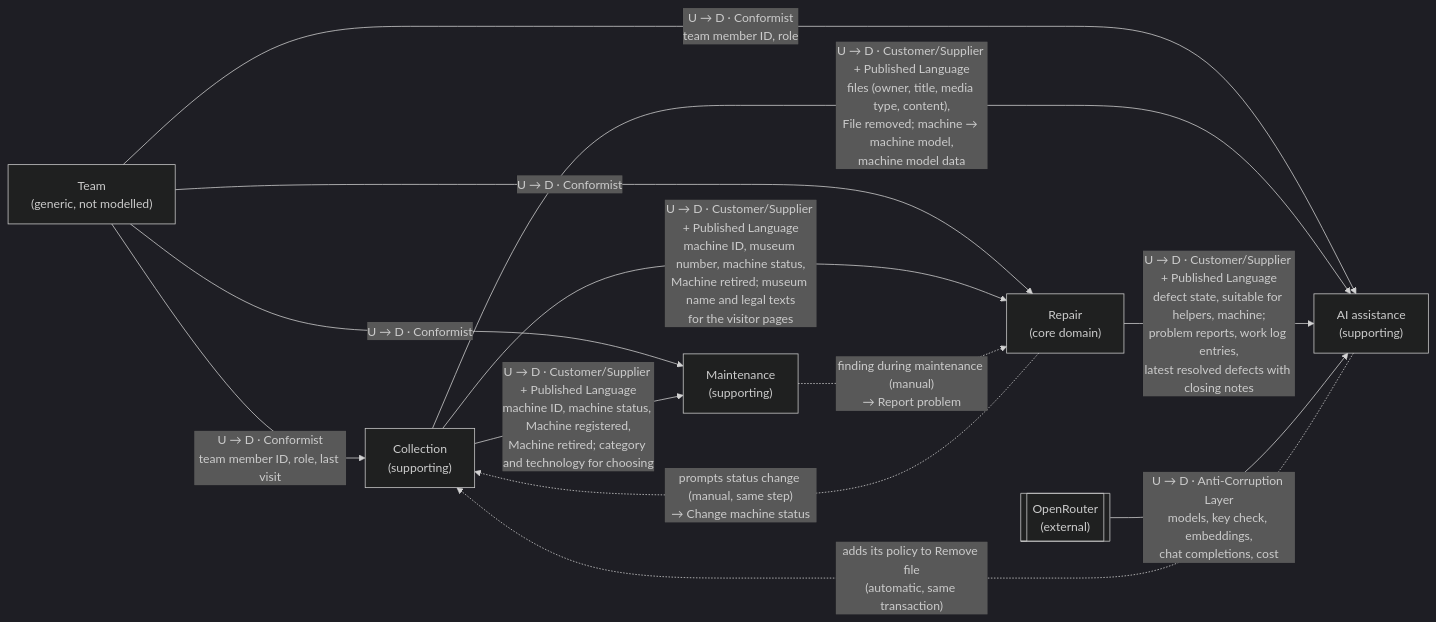
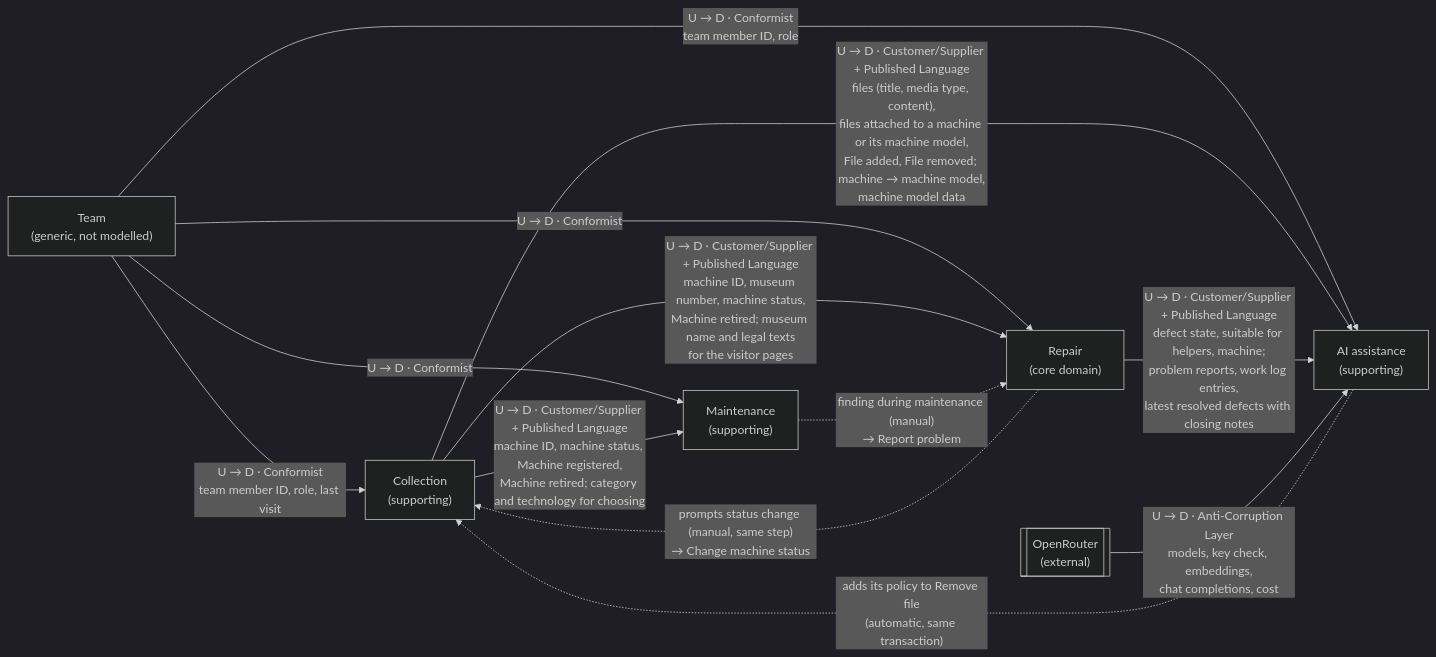
One commit to hemi1986/laguardia changed the diagram in docs/domain/context-map.md. Above: the diagram before and after it, drawn with Mermaid (dark theme). The commit also changed other lines of this file and 19 other files, not shown here.

````diff
--- a/docs/domain/context-map.md
+++ b/docs/domain/context-map.md
@@ -23,24 +23,24 @@
 ```mermaid
 flowchart LR
     Team["Team<br/>(generic, not modelled)"]
     Collection["Collection<br/>(supporting)"]
     Repair["Repair<br/>(core domain)"]
     Maintenance["Maintenance<br/>(supporting)"]
     Ai["AI assistance<br/>(supporting)"]
     OpenRouter[["OpenRouter<br/>(external)"]]
 
     Team -- "U → D · Conformist<br/>team member ID, role, last visit" --> Collection
     Team -- "U → D · Conformist" --> Repair
     Team -- "U → D · Conformist" --> Maintenance
     Team -- "U → D · Conformist<br/>team member ID, role" --> Ai
 
     Collection -- "U → D · Customer/Supplier + Published Language<br/>machine ID, museum number, machine status,<br/>Machine retired; museum name and legal texts<br/>for the visitor pages" --> Repair
     Collection -- "U → D · Customer/Supplier + Published Language<br/>machine ID, machine status, Machine registered,<br/>Machine retired; category and technology for choosing" --> Maintenance
-    Collection -- "U → D · Customer/Supplier + Published Language<br/>files (owner, title, media type, content),<br/>File removed; machine → machine model,<br/>machine model data" --> Ai
+    Collection -- "U → D · Customer/Supplier + Published Language<br/>files (title, media type, content),<br/>files attached to a machine or its machine model,<br/>File added, File removed; machine → machine model,<br/>machine model data" --> Ai
     Repair -- "U → D · Customer/Supplier + Published Language<br/>defect state, suitable for helpers, machine;<br/>problem reports, work log entries,<br/>latest resolved defects with closing notes" --> Ai
     OpenRouter -- "U → D · Anti-Corruption Layer<br/>models, key check, embeddings,<br/>chat completions, cost" --> Ai
 
     Repair -. "prompts status change (manual, same step)<br/>→ Change machine status" .-> Collection
     Maintenance -. "finding during maintenance (manual)<br/>→ Report problem" .-> Repair
     Ai -. "adds its policy to Remove file<br/>(automatic, same transaction)" .-> Collection
 ```
````
